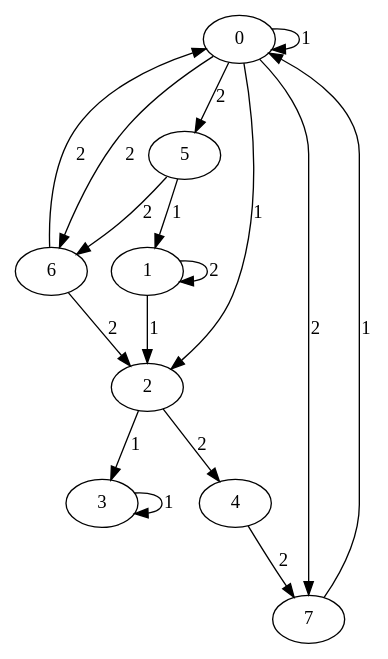
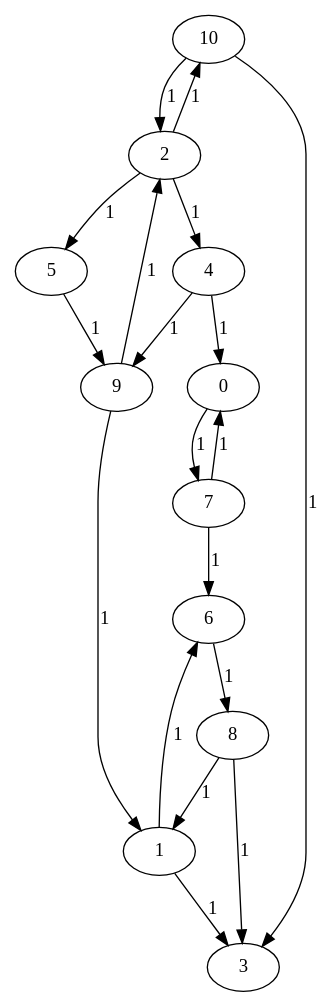
Before and after one commit to Caucorico/ESIPE: the diagram in AdvancedAlgorithms/TP-01/out/production/TP-01/hey.dot, drawn with Graphviz. The commit also changed 5 other files, not shown here.

```diff
--- a/AdvancedAlgorithms/TP-01/out/production/TP-01/hey.dot
+++ b/AdvancedAlgorithms/TP-01/out/production/TP-01/hey.dot
@@ -1,26 +1,31 @@
 digraph G {
 0;
-0 -> 0 [ label="1" ] ;
-0 -> 2 [ label="1" ] ;
-0 -> 5 [ label="2" ] ;
-0 -> 6 [ label="2" ] ;
-0 -> 7 [ label="2" ] ;
+0 -> 7 [ label="1" ] ;
 1;
-1 -> 1 [ label="2" ] ;
-1 -> 2 [ label="1" ] ;
+1 -> 3 [ label="1" ] ;
+1 -> 6 [ label="1" ] ;
 2;
-2 -> 3 [ label="1" ] ;
-2 -> 4 [ label="2" ] ;
+2 -> 4 [ label="1" ] ;
+2 -> 5 [ label="1" ] ;
+2 -> 10 [ label="1" ] ;
 3;
-3 -> 3 [ label="1" ] ;
 4;
-4 -> 7 [ label="2" ] ;
+4 -> 0 [ label="1" ] ;
+4 -> 9 [ label="1" ] ;
 5;
-5 -> 1 [ label="1" ] ;
-5 -> 6 [ label="2" ] ;
+5 -> 9 [ label="1" ] ;
 6;
-6 -> 0 [ label="2" ] ;
-6 -> 2 [ label="2" ] ;
+6 -> 8 [ label="1" ] ;
 7;
 7 -> 0 [ label="1" ] ;
+7 -> 6 [ label="1" ] ;
+8;
+8 -> 1 [ label="1" ] ;
+8 -> 3 [ label="1" ] ;
+9;
+9 -> 1 [ label="1" ] ;
+9 -> 2 [ label="1" ] ;
+10;
+10 -> 2 [ label="1" ] ;
+10 -> 3 [ label="1" ] ;
 }
```
